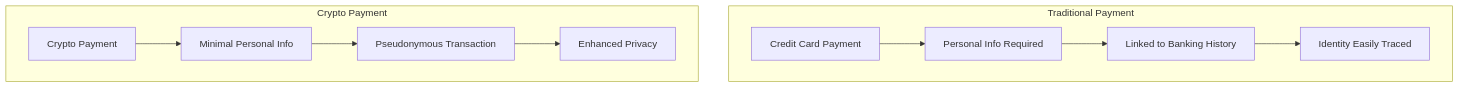
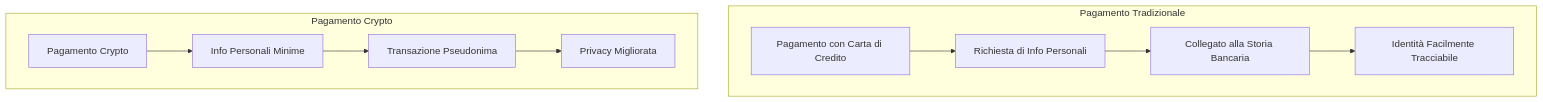
The second of 3 diagrams in app/views/docs/crypto-payments-privacy-email-service/index-it.md (forwardemail/forwardemail.net), drawn with Mermaid before and after one commit. The commit also changed other lines of this file and 1055 other files, not shown here.

````diff
--- a/app/views/docs/crypto-payments-privacy-email-service/index-it.md
+++ b/app/views/docs/crypto-payments-privacy-email-service/index-it.md
@@ -63,14 +68,14 @@
 ```mermaid
 graph TD
-    subgraph "Traditional Payment"
-    A[Credit Card Payment] --> B[Personal Info Required]
-    B --> C[Linked to Banking History]
-    C --> D[Identity Easily Traced]
+    subgraph "Pagamento Tradizionale"
+    A[Pagamento con Carta di Credito] --> B[Richiesta di Info Personali]
+    B --> C[Collegato alla Storia Bancaria]
+    C --> D[Identità Facilmente Tracciabile]
     end
 
-    subgraph "Crypto Payment"
-    E[Crypto Payment] --> F[Minimal Personal Info]
-    F --> G[Pseudonymous Transaction]
-    G --> H[Enhanced Privacy]
+    subgraph "Pagamento Crypto"
+    E[Pagamento Crypto] --> F[Info Personali Minime]
+    F --> G[Transazione Pseudonima]
+    G --> H[Privacy Migliorata]
     end
 ```
````
